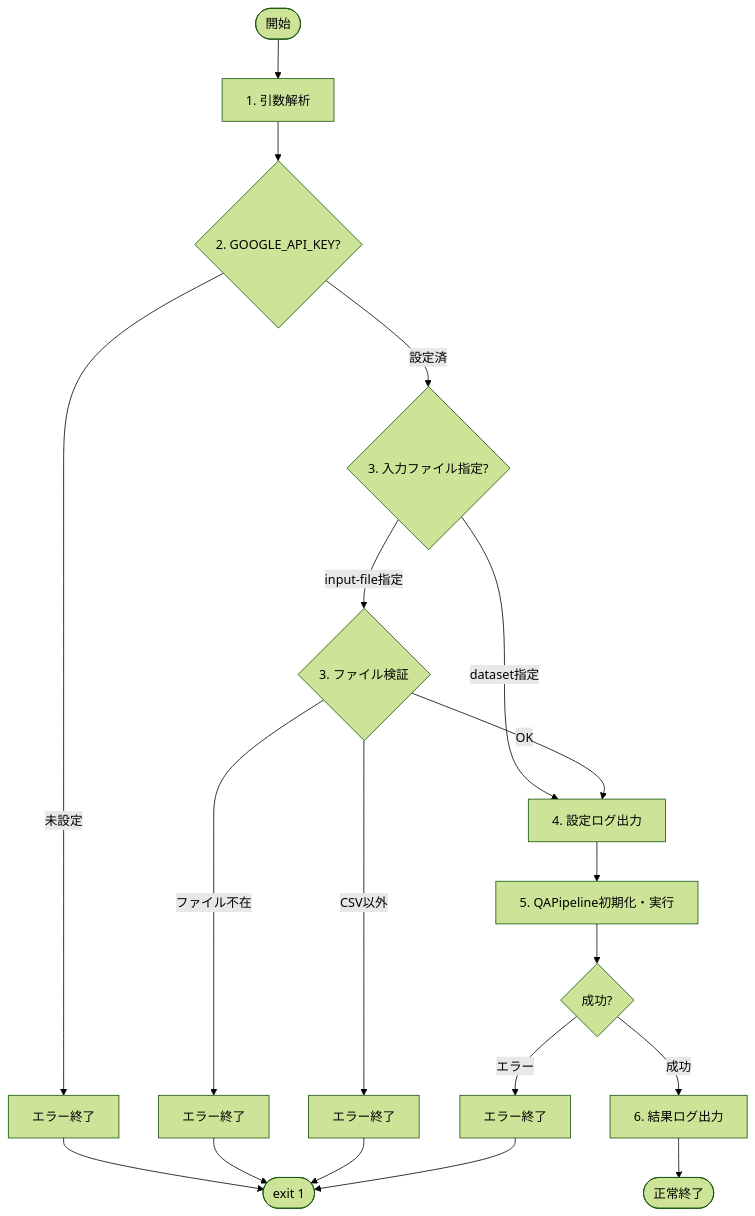
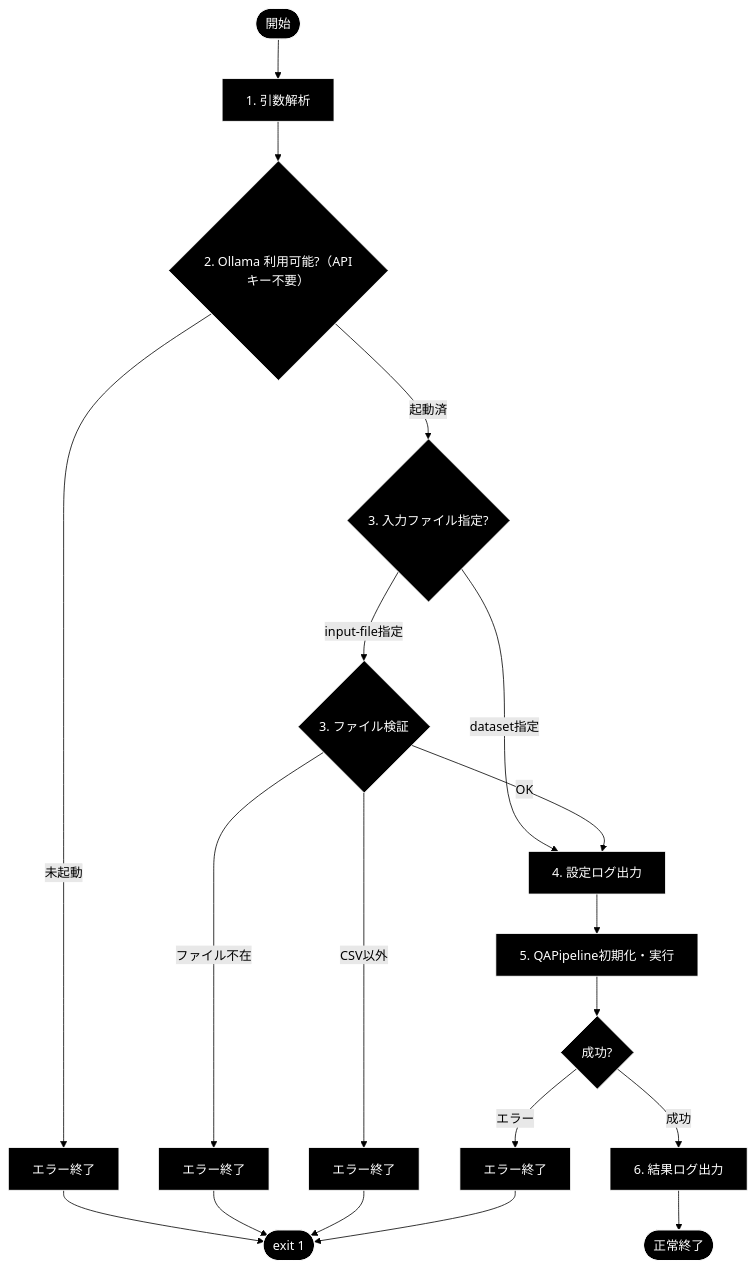
The fourth of 4 diagrams in qa_qdrant/doc/make_qa.md (nakashima2toshio/ollama_grace_agent_v2), drawn with Mermaid (forest theme) before and after one commit. The commit also changed other lines of this file and 12 other files, not shown here.

````diff
--- a/qa_qdrant/doc/make_qa.md
+++ b/qa_qdrant/doc/make_qa.md
@@ -372,26 +391,29 @@
 ```mermaid
 flowchart TD
     START([開始]) --> PARSE[1. 引数解析]
-    PARSE --> CHECK_KEY{2. GOOGLE_API_KEY?}
-    CHECK_KEY -->|未設定| ERROR1[エラー終了]
-    CHECK_KEY -->|設定済| CHECK_FILE{3. 入力ファイル指定?}
+    PARSE --> CHECK_KEY{2. Ollama 利用可能?（APIキー不要）}
+    CHECK_KEY -->|未起動| ERROR1[エラー終了]
+    CHECK_KEY -->|起動済| CHECK_FILE{3. 入力ファイル指定?}
 
     CHECK_FILE -->|dataset指定| LOG_CONFIG[4. 設定ログ出力]
     CHECK_FILE -->|input-file指定| VALIDATE_FILE{3. ファイル検証}
 
     VALIDATE_FILE -->|ファイル不在| ERROR2[エラー終了]
     VALIDATE_FILE -->|CSV以外| ERROR3[エラー終了]
     VALIDATE_FILE -->|OK| LOG_CONFIG
 
     LOG_CONFIG --> INIT[5. QAPipeline初期化・実行]
     INIT --> CHECK_RESULT{成功?}
 
     CHECK_RESULT -->|エラー| ERROR4[エラー終了]
     CHECK_RESULT -->|成功| LOG_RESULT[6. 結果ログ出力]
     LOG_RESULT --> END([正常終了])
 
     ERROR1 --> EXIT1([exit 1])
     ERROR2 --> EXIT1
     ERROR3 --> EXIT1
     ERROR4 --> EXIT1
+classDef default fill:#000,stroke:#fff,color:#fff
+classDef subgraphStyle fill:#1a1a1a,stroke:#fff,color:#fff
+class START,PARSE,CHECK_KEY,ERROR1,CHECK_FILE,LOG_CONFIG,VALIDATE_FILE,ERROR2,ERROR3,INIT,CHECK_RESULT,ERROR4,LOG_RESULT,END,EXIT1 default
 ```
````
